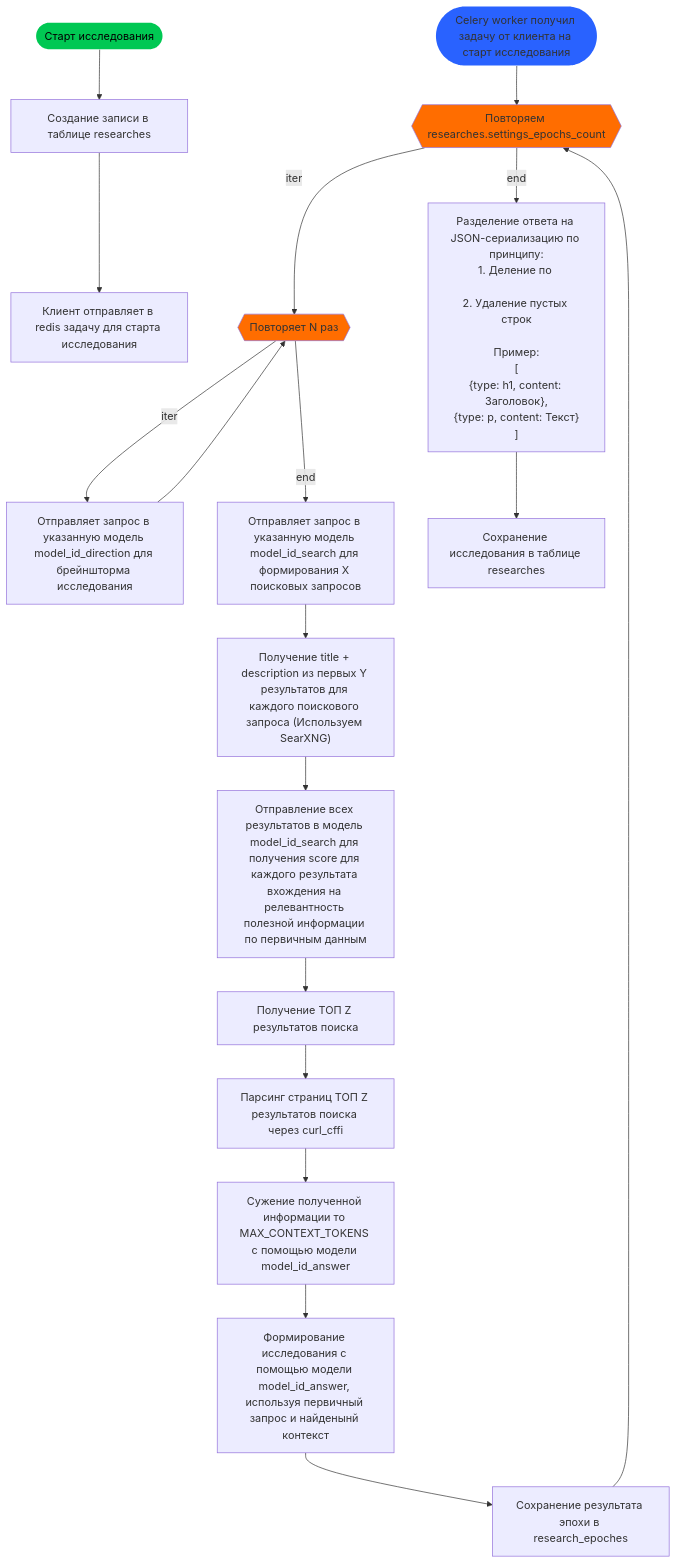
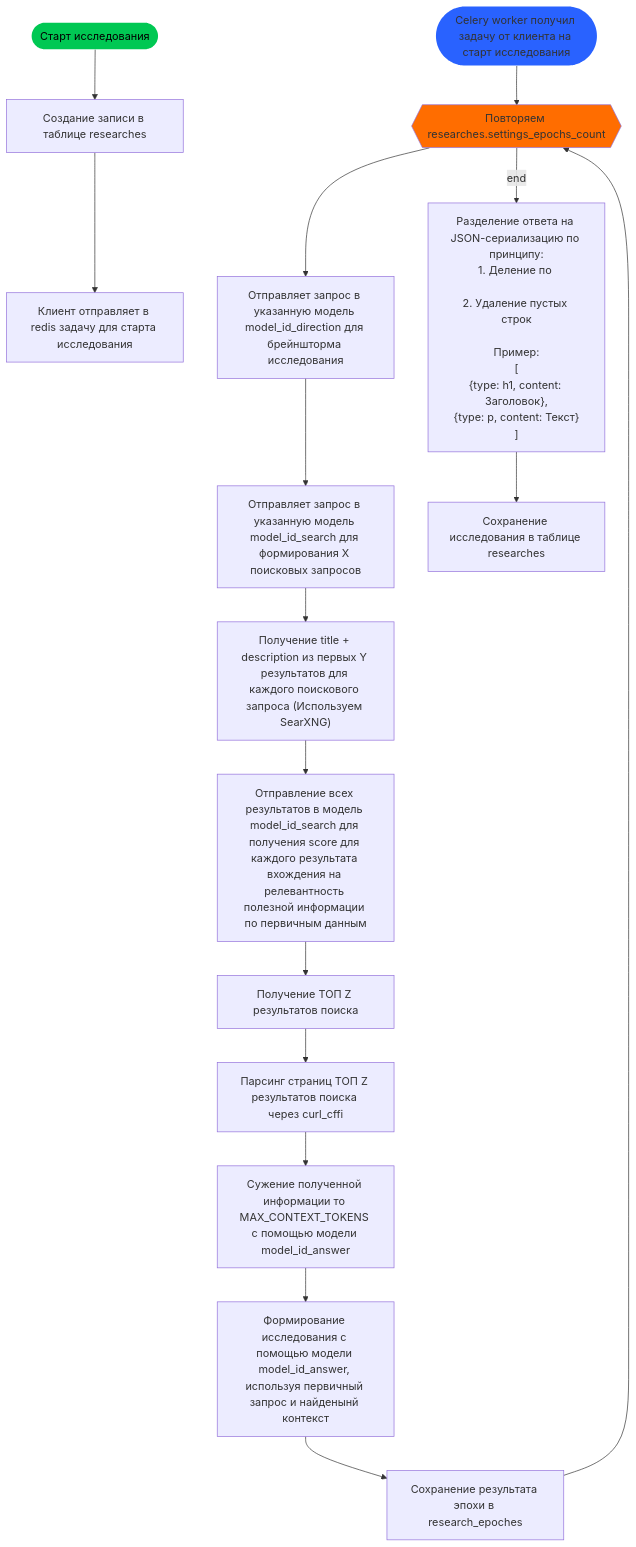
Before and after one commit to asspaev/WideResearcher: the diagram in docs/research-flow.md, drawn with Mermaid.

Commit message:
docs(research): simplify flow diagram by removing inner iteration loop node

````diff
--- a/docs/research-flow.md
+++ b/docs/research-flow.md
@@ -1,28 +1,24 @@
 ```mermaid
 flowchart TB
     A(["Старт исследования"]) --> n1["Создание записи в таблице researches"]
     n1 --> n2["Клиент отправляет в redis задачу для старта исследования"]
     n3(["Celery worker получил задачу от клиента на старт исследования"]) --> n13["Повторяем researches.settings_epochs_count"]
-    n5["Повторяет N раз"] -- iter --> n4["Отправляет запрос в указанную модель model_id_direction для брейншторма исследования"]
-    n4 --> n5
-    n5 -- end --> n6["Отправляет запрос в указанную модель model_id_search для формирования X поисковых запросов"]
-    n6 --> n7["Получение title + description из первых Y результатов для каждого поискового запроса (Используем SearXNG)"]
+    n6["Отправляет запрос в указанную модель model_id_search для формирования X поисковых запросов"] --> n7["Получение title + description из первых Y результатов для каждого поискового запроса (Используем SearXNG)"]
     n7 --> n8["Отправление всех результатов в модель model_id_search для получения score для каждого результата вхождения на релевантность полезной информации по первичным данным"]
     n8 --> n9["Получение ТОП Z результатов поиска"]
     n9 --> n10["Парсинг страниц ТОП Z результатов поиска через curl_cffi"]
     n10 --> n11["Сужение полученной информации то MAX_CONTEXT_TOKENS с помощью модели model_id_answer"]
     n11 --> n12["Формирование исследования с помощью модели model_id_answer, используя первичный запрос и найденынй контекст"]
-    n13 -- iter --> n5
     n12 --> n16["Сохранение результата эпохи в research_epoches"]
     n13 -- end --> n14["Разделение ответа на JSON-сериализацию по принципу:<br>1. Деление по \n<br>2. Удаление пустых строк<br><br>Пример:<br>[<br>{type: h1, content: Заголовок},<br>{type: p, content: Текст}<br>]<br>"]
     n14 --> n15["Сохранение исследования в таблице researches"]
     n16 --> n13
+    n13 --> n4["Отправляет запрос в указанную модель model_id_direction для брейншторма исследования"]
+    n4 --> n6
 
     n1@{ shape: rect}
     n13@{ shape: hex}
-    n5@{ shape: hex}
     style A color:#000000,stroke:none,fill:#00C853,stroke-width:0px,stroke-dasharray:0
     style n3 stroke:#2962FF,stroke-width:0px,stroke-dasharray:0,fill:#2962FF
     style n13 fill:#FF6D00
-    style n5 fill:#FF6D00
 ```
````
